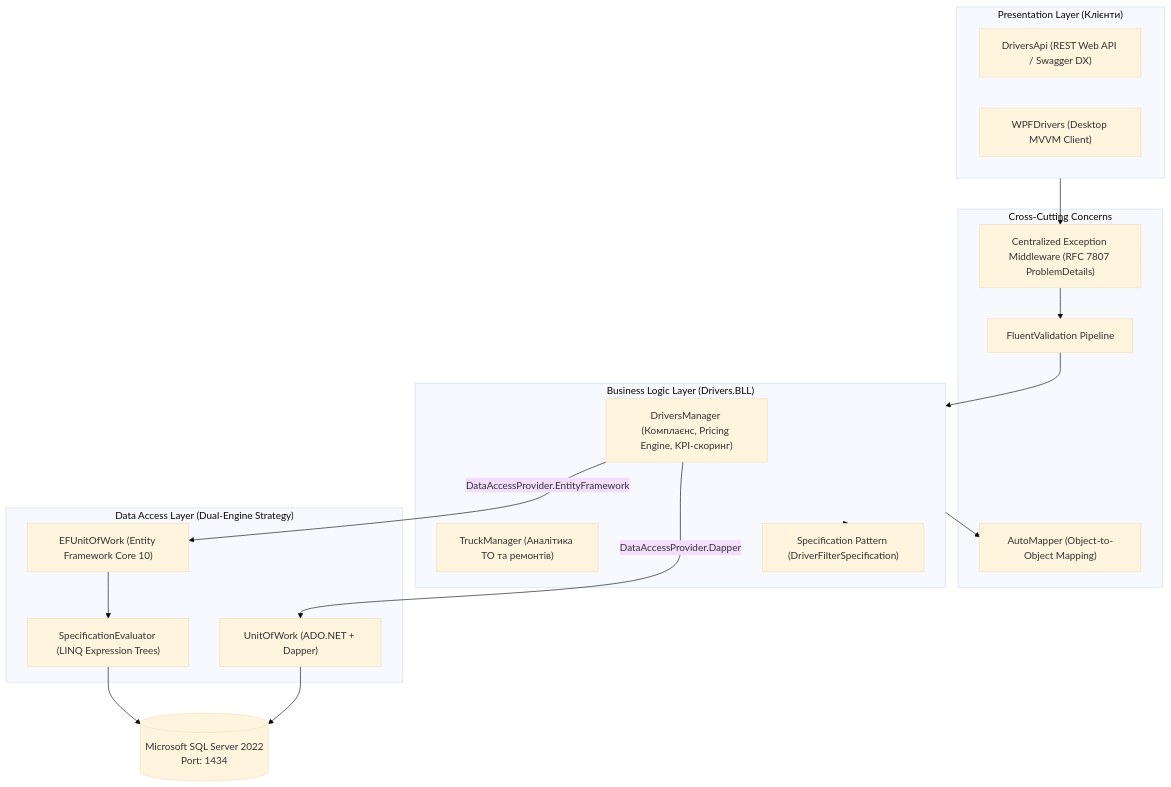
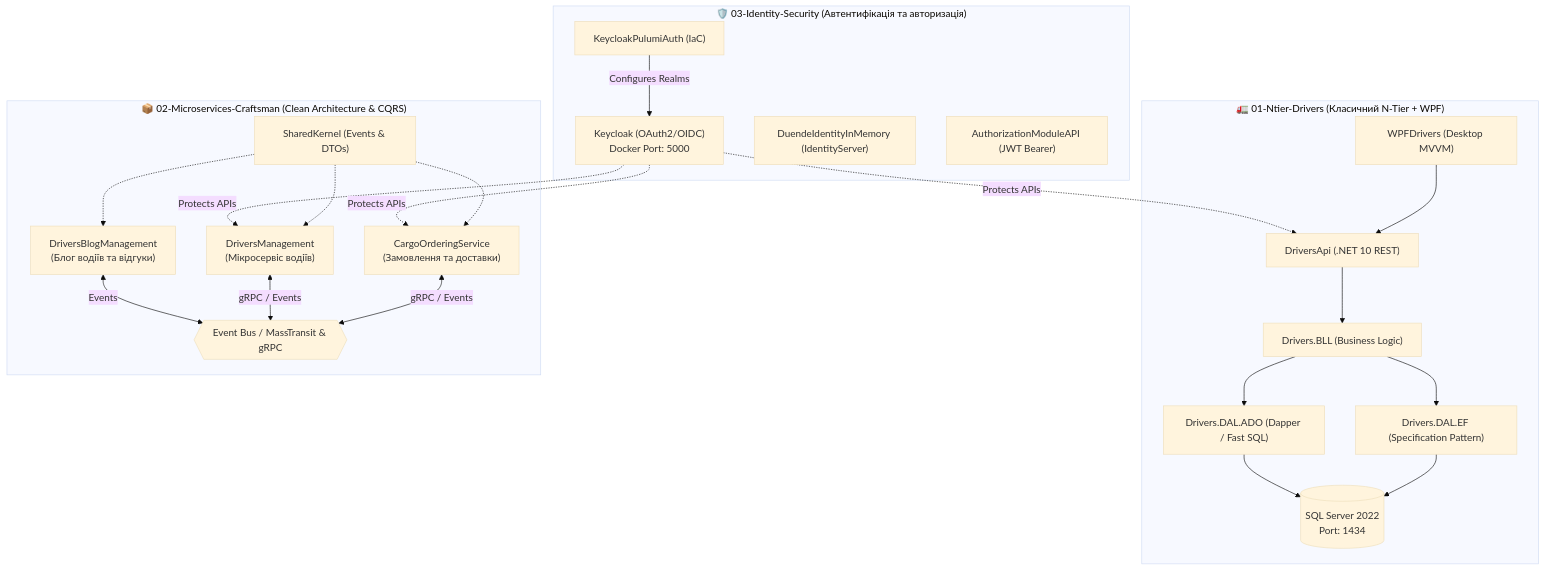
Before and after one commit to MrTomkaYurii/Demo-CargoDeliveryService: the diagram in README.md, drawn with Mermaid (base theme). The commit also changed other lines of this file and 1426 other files, not shown here.

First line of the commit message:
refactor(structure): organize solution into 3 architectural blocks

````diff
--- a/README.md
+++ b/README.md
@@ -19,40 +12,45 @@
 ```mermaid
-flowchart TD
-    subgraph Clients ["Presentation Layer (Клієнти)"]
-        WebAPI["DriversApi (REST Web API / Swagger DX)"]
-        WPF["WPFDrivers (Desktop MVVM Client)"]
+flowchart TB
+    subgraph Block3 ["🛡️ 03-Identity-Security (Автентифікація та авторизація)"]
+        Keycloak["Keycloak (OAuth2/OIDC)\nDocker Port: 5000"]
+        Pulumi["KeycloakPulumiAuth (IaC)"]
+        Duende["DuendeIdentityInMemory (IdentityServer)"]
+        AuthAPI["AuthorizationModuleAPI (JWT Bearer)"]
+        Pulumi -->|Configures Realms| Keycloak
     end
 
-    subgraph CrossCutting ["Cross-Cutting Concerns"]
-        Middleware["Centralized Exception Middleware (RFC 7807 ProblemDetails)"]
-        FluentVal["FluentValidation Pipeline"]
-        AutoMap["AutoMapper (Object-to-Object Mapping)"]
+    subgraph Block1 ["🚛 01-Ntier-Drivers (Класичний N-Tier + WPF)"]
+        WPF["WPFDrivers (Desktop MVVM)"]
+        DriversApi["DriversApi (.NET 10 REST)"]
+        BLL["Drivers.BLL (Business Logic)"]
+        DAL_EF["Drivers.DAL.EF (Specification Pattern)"]
+        DAL_ADO["Drivers.DAL.ADO (Dapper / Fast SQL)"]
+        SQL_DB[(SQL Server 2022\nPort: 1434)]
+
+        WPF --> DriversApi
+        DriversApi --> BLL
+        BLL --> DAL_EF
+        BLL --> DAL_ADO
+        DAL_EF --> SQL_DB
+        DAL_ADO --> SQL_DB
     end
 
-    subgraph BLL ["Business Logic Layer (Drivers.BLL)"]
-        DriversMgr["DriversManager (Комплаєнс, Pricing Engine, KPI-скоринг)"]
-        TruckMgr["TruckManager (Аналітика ТО та ремонтів)"]
-        Specs["Specification Pattern (DriverFilterSpecification)"]
+    subgraph Block2 ["📦 02-Microservices-Craftsman (Clean Architecture & CQRS)"]
+        Orders["CargoOrderingService\n(Замовлення та доставки)"]
+        Blog["DriversBlogManagement\n(Блог водіїв та відгуки)"]
+        DriversMs["DriversManagement\n(Мікросервіс водіїв)"]
+        SharedK["SharedKernel (Events & DTOs)"]
+        MsgBroker{{"Event Bus / MassTransit & gRPC"}}
+
+        Orders <-->|gRPC / Events| MsgBroker
+        DriversMs <-->|gRPC / Events| MsgBroker
+        Blog <-->|Events| MsgBroker
+        SharedK -.-> Orders
+        SharedK -.-> DriversMs
+        SharedK -.-> Blog
     end
 
-    subgraph DAL ["Data Access Layer (Dual-Engine Strategy)"]
-        UOW_EF["EFUnitOfWork (Entity Framework Core 10)"]
-        UOW_ADO["UnitOfWork (ADO.NET + Dapper)"]
-        Evaluator["SpecificationEvaluator (LINQ Expression Trees)"]
-    end
-
-    DB[(Microsoft SQL Server 2022\nPort: 1434)]
-
-    Clients --> Middleware
-    Middleware --> FluentVal
-    FluentVal --> BLL
-    BLL --> AutoMap
-    BLL --> Specs
-
-    DriversMgr -->|DataAccessProvider.EntityFramework| UOW_EF
-    DriversMgr -->|DataAccessProvider.Dapper| UOW_ADO
-    
-    UOW_EF --> Evaluator
-    Evaluator --> DB
-    UOW_ADO --> DB
+    Keycloak -.->|Protects APIs| DriversApi
+    Keycloak -.->|Protects APIs| Orders
+    Keycloak -.->|Protects APIs| DriversMs
 ```
````
